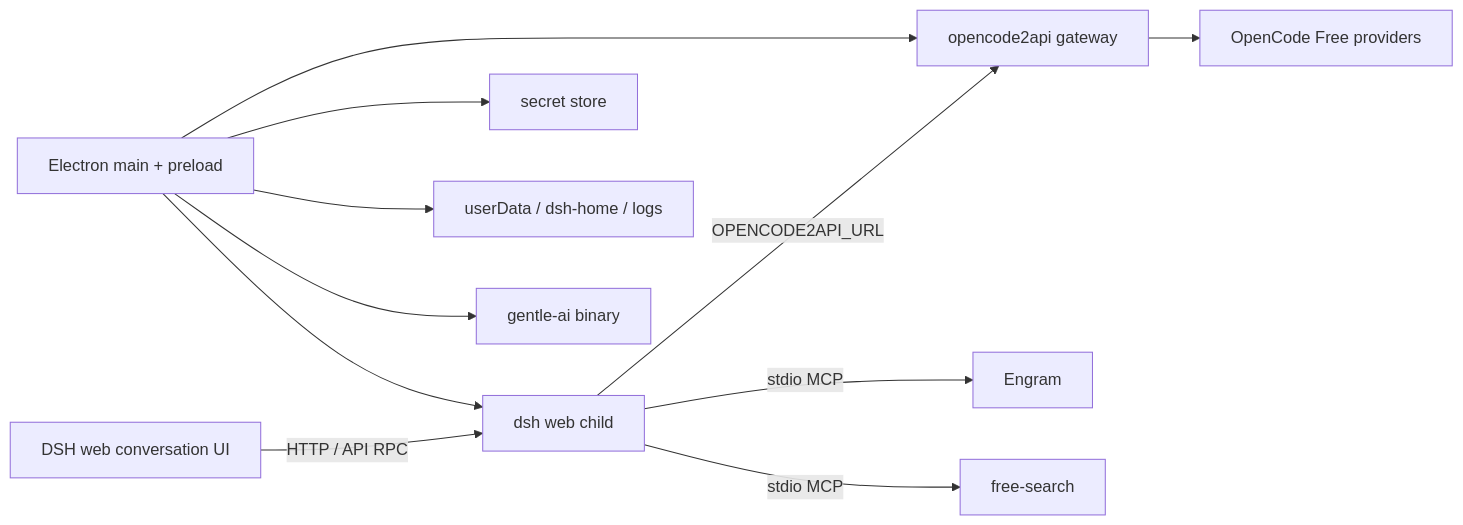
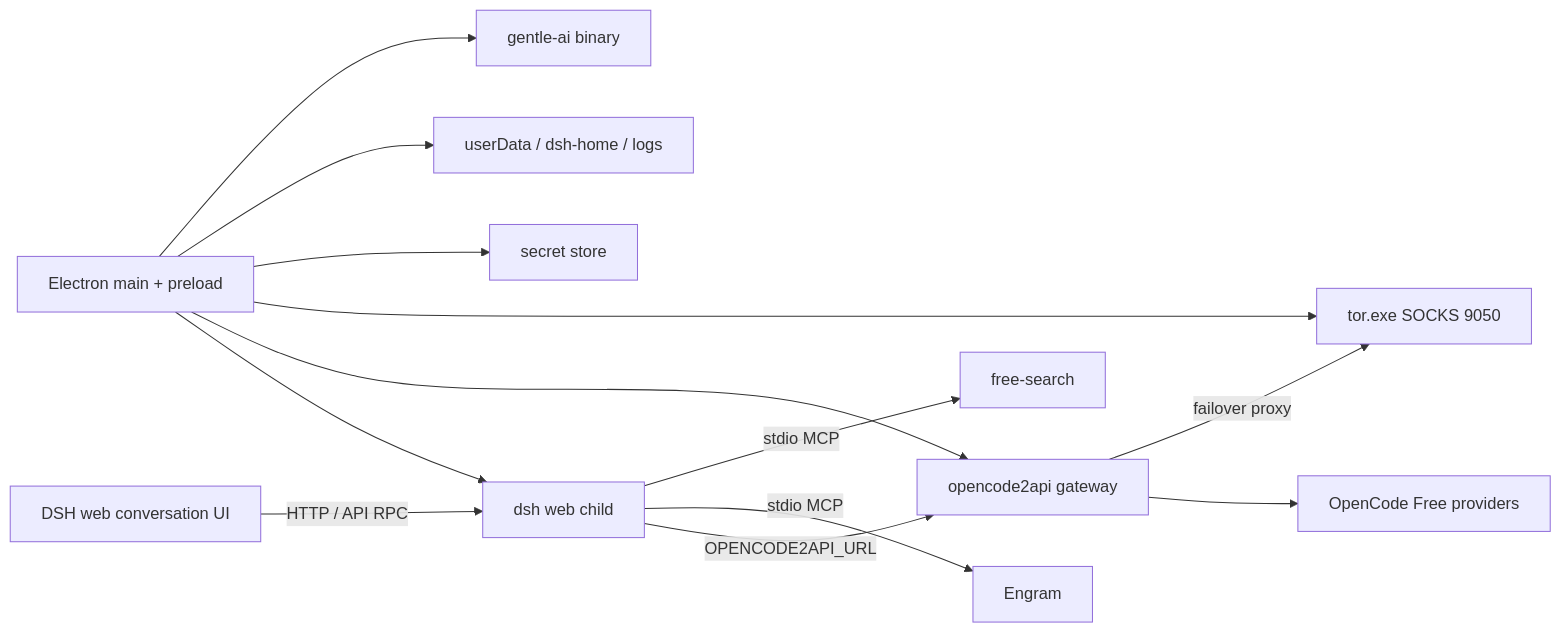
Before and after one commit to Akunimal/free-code-deepseek-harness: the diagram in docs/ARCHITECTURE.md, drawn with Mermaid. The commit also changed other lines of this file and 8 other files, not shown here.

````diff
--- a/docs/ARCHITECTURE.md
+++ b/docs/ARCHITECTURE.md
@@ -9,13 +9,15 @@
 ```mermaid
 flowchart LR
   UI[DSH web conversation UI] -->|HTTP / API RPC| DSH[dsh web child]
   DSH -->|OPENCODE2API_URL| GW[opencode2api gateway]
   GW --> O[OpenCode Free providers]
+  GW -->|failover proxy| TOR[tor.exe SOCKS 9050]
   DSH -->|stdio MCP| ENGRAM[Engram]
   DSH -->|stdio MCP| SEARCH[free-search]
   SHELL[Electron main + preload] --> DSH
   SHELL --> GW
+  SHELL --> TOR
   SHELL --> VAULT[secret store]
   SHELL --> DATA[userData / dsh-home / logs]
   SHELL --> GAI[gentle-ai binary]
 ```
````
